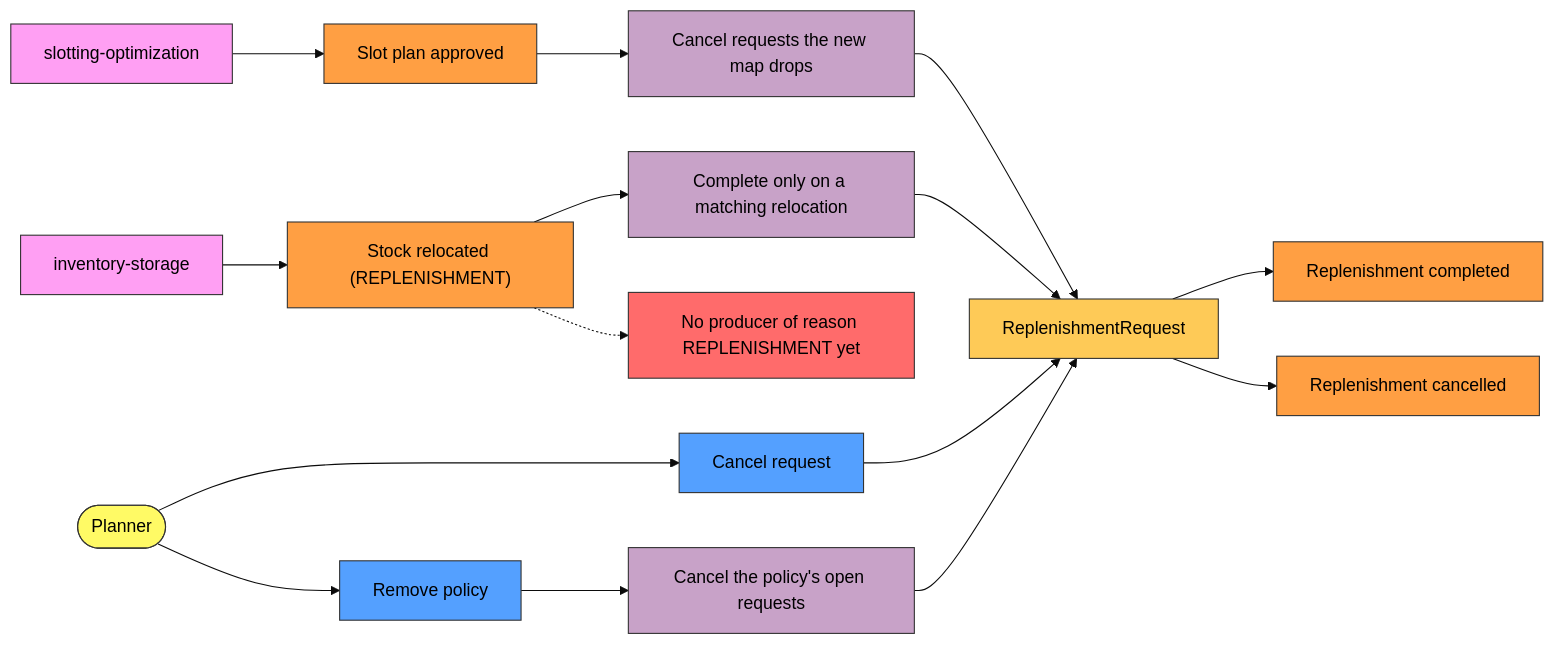
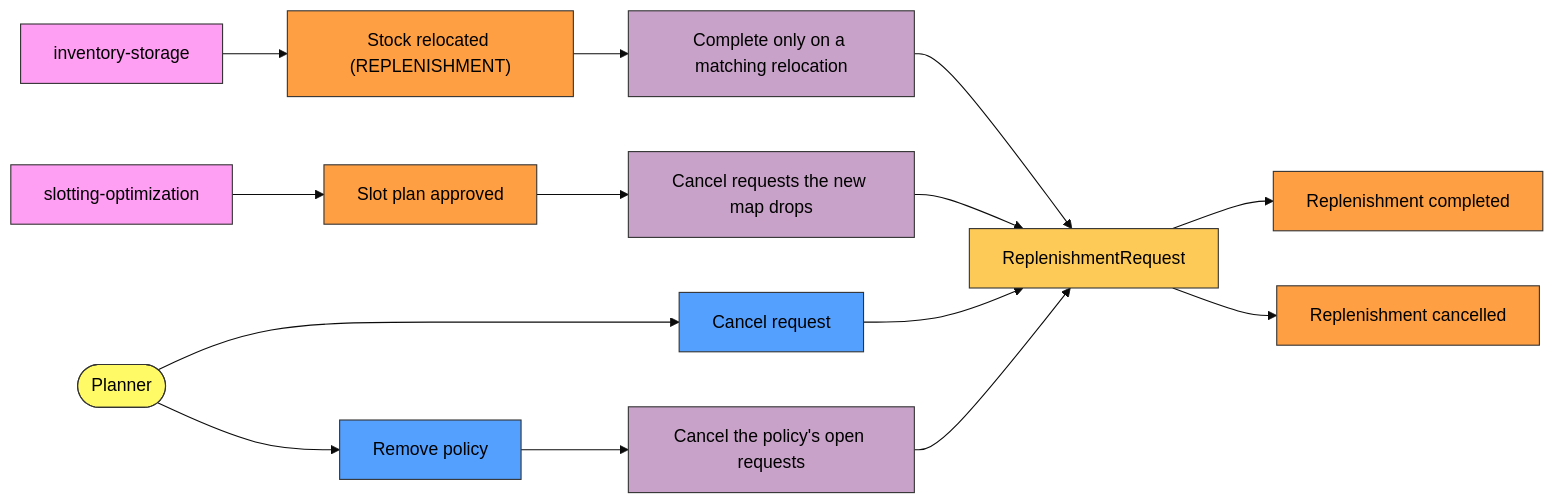
The second of 3 diagrams in docs/contexts/pick-face-replenishment/eventstorming.md (IQVO/warehouse-docs), drawn with Mermaid (base theme) before and after one commit. The commit also changed other lines of this file and 41 other files, not shown here.

````diff
--- a/docs/contexts/pick-face-replenishment/eventstorming.md
+++ b/docs/contexts/pick-face-replenishment/eventstorming.md
@@ -64,32 +64,30 @@
 ```mermaid
 flowchart LR
     classDef event fill:#ff9f43,stroke:#333,color:#000
     classDef command fill:#54a0ff,stroke:#333,color:#000
     classDef aggregate fill:#feca57,stroke:#333,color:#000
     classDef policy fill:#c8a2c8,stroke:#333,color:#000
     classDef external fill:#ff9ff3,stroke:#333,color:#000
     classDef actor fill:#fffa65,stroke:#333,color:#000
     classDef hotspot fill:#ff6b6b,stroke:#333,color:#000
 
     inv["inventory-storage"]:::external
     slot["slotting-optimization"]:::external
     planner(["Planner"]):::actor
     relocated["Stock relocated (REPLENISHMENT)"]:::event
     match["Complete only on a matching relocation"]:::policy
     approved["Slot plan approved"]:::event
     drop["Cancel requests the new map drops"]:::policy
     cancel["Cancel request"]:::command
     remove["Remove policy"]:::command
     rm["Cancel the policy's open requests"]:::policy
     req["ReplenishmentRequest"]:::aggregate
     completed["Replenishment completed"]:::event
     cancelled["Replenishment cancelled"]:::event
-    hs2["No producer of reason REPLENISHMENT yet"]:::hotspot
 
     inv --> relocated --> match --> req --> completed
-    relocated -.-> hs2
     slot --> approved --> drop --> req
     planner --> cancel --> req
     planner --> remove --> rm --> req
     req --> cancelled
 ```
````
